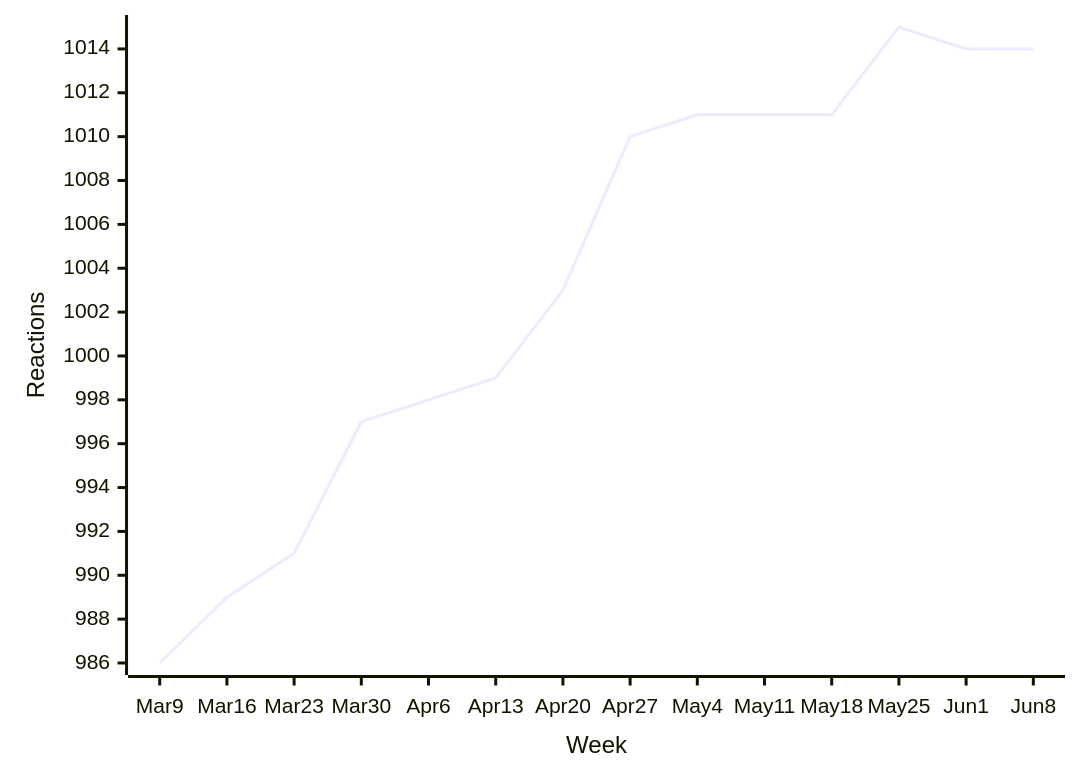
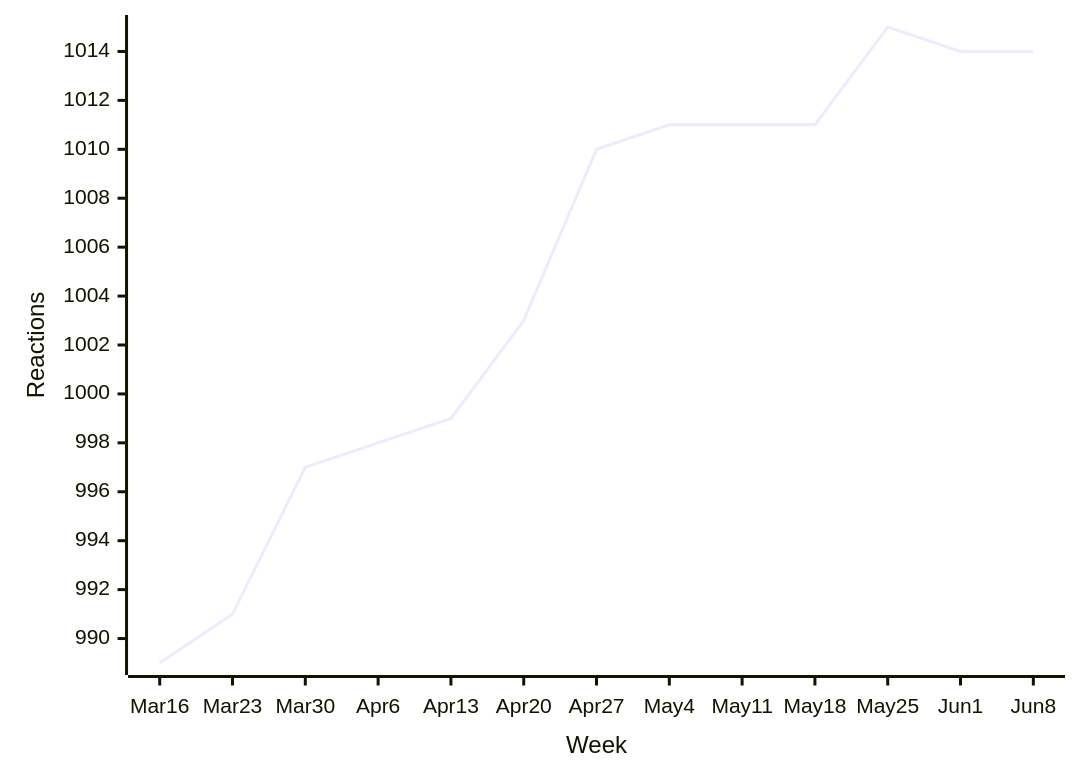
The fourth of 45 diagrams in README.md (loic-sharma/github-insights), drawn with Mermaid before and after one commit. The commit also changed other lines of this file and 3 other files, not shown here.

````diff
--- a/README.md
+++ b/README.md
@@ -390,6 +390,6 @@
   ```mermaid
   xychart-beta
-    x-axis "Week" [Mar 9, Mar 16, Mar 23, Mar 30, Apr 6, Apr 13, Apr 20, Apr 27, May 4, May 11, May 18, May 25, Jun 1, Jun 8]
+    x-axis "Week" [Mar 16, Mar 23, Mar 30, Apr 6, Apr 13, Apr 20, Apr 27, May 4, May 11, May 18, May 25, Jun 1, Jun 8]
     y-axis "Reactions"
-    line [986, 989, 991, 997, 998, 999, 1003, 1010, 1011, 1011, 1011, 1015, 1014, 1014]
+    line [989, 991, 997, 998, 999, 1003, 1010, 1011, 1011, 1011, 1015, 1014, 1014]
   ```
````
